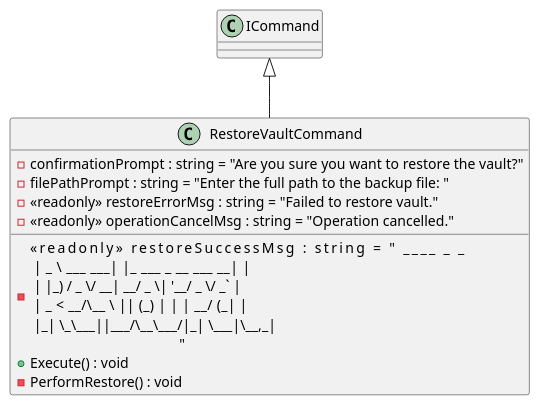
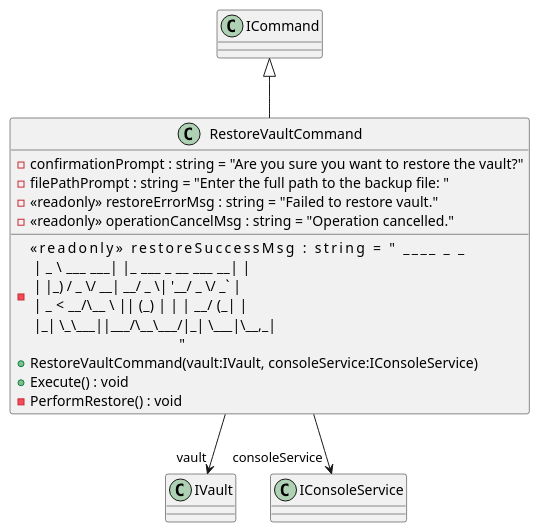
Before and after one commit to BeierKevin/KeyVaultCLI: the diagram in uml/src/KeyVaultCli.Application/Vault/Commands/RestoreVault/RestoreVaultCommand.puml, drawn with PlantUML. The commit also changed 16 other files, not shown here.

```diff
--- a/uml/src/KeyVaultCli.Application/Vault/Commands/RestoreVault/RestoreVaultCommand.puml
+++ b/uml/src/KeyVaultCli.Application/Vault/Commands/RestoreVault/RestoreVaultCommand.puml
@@ -1,12 +1,15 @@
 @startuml
 class RestoreVaultCommand {
     - <<readonly>> restoreSuccessMsg : string = "  ____           _                     _ \n |  _ \\ ___  ___| |_ ___  _ __ ___  __| |\n | |_) / _ \\/ __| __/ _ \\| '__/ _ \\/ _` |\n |  _ <  __/\\__ \\ || (_) | | |  __/ (_| |\n |_| \\_\\___||___/\\__\\___/|_|  \\___|\\__,_|\n                                         "
     - confirmationPrompt : string = "Are you sure you want to restore the vault?"
     - filePathPrompt : string = "Enter the full path to the backup file: "
     - <<readonly>> restoreErrorMsg : string = "Failed to restore vault."
     - <<readonly>> operationCancelMsg : string = "Operation cancelled."
+    + RestoreVaultCommand(vault:IVault, consoleService:IConsoleService)
     + Execute() : void
     - PerformRestore() : void
 }
 ICommand <|-- RestoreVaultCommand
+RestoreVaultCommand --> "vault" IVault
+RestoreVaultCommand --> "consoleService" IConsoleService
 @enduml
```
